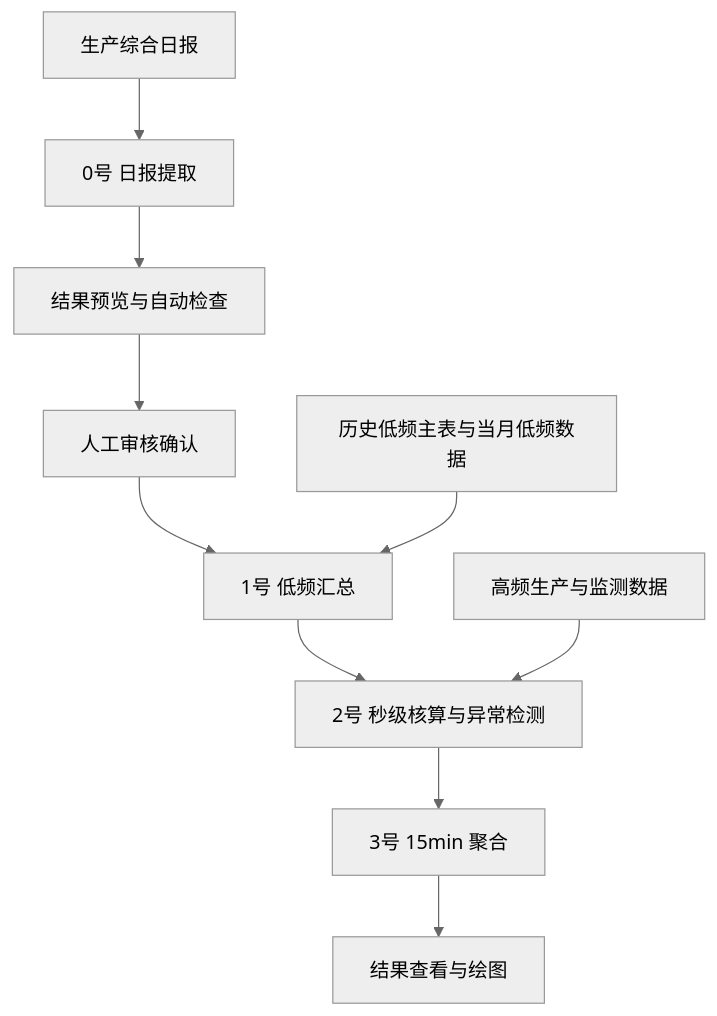
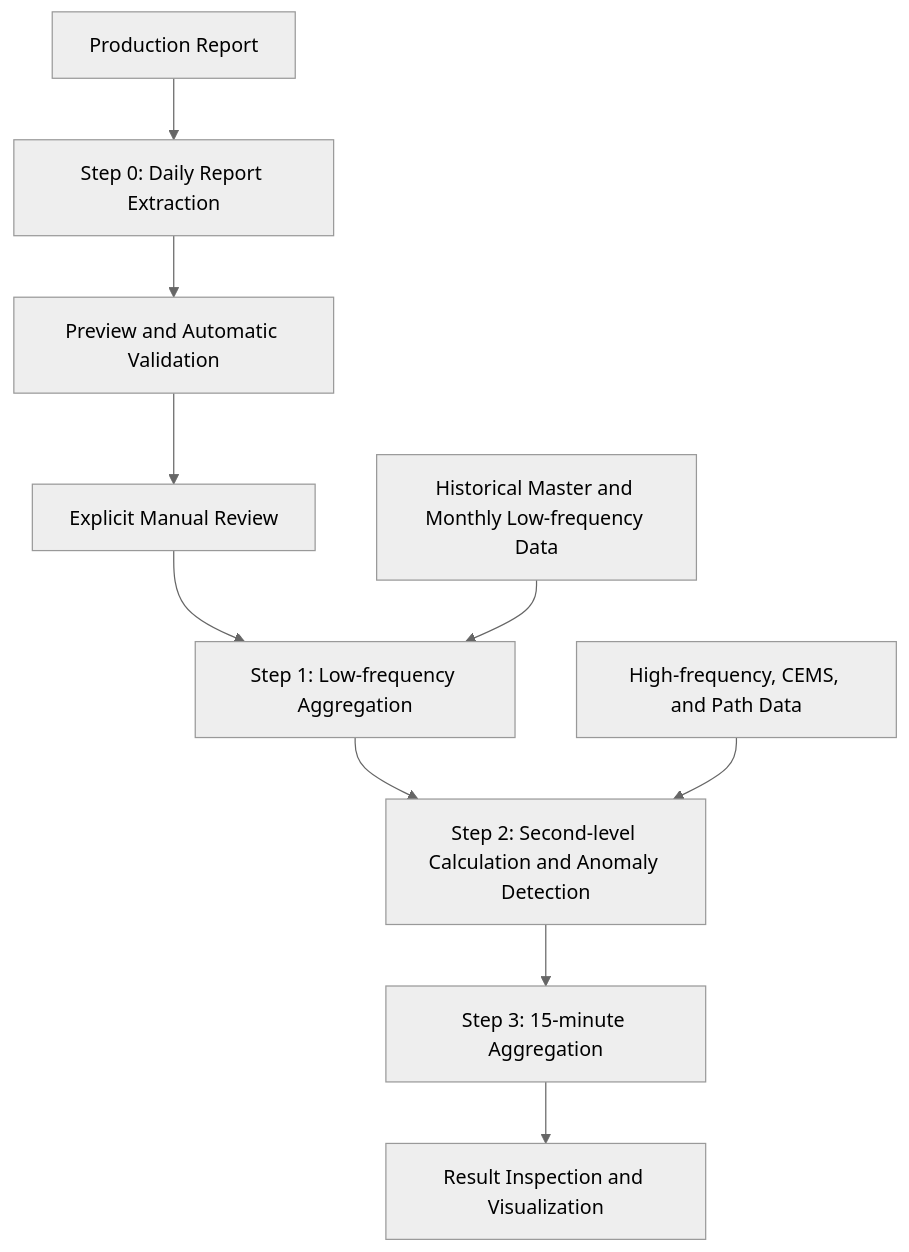
Before and after one commit to fel1xuan/eiri-thu-projects: the first of 2 diagrams in conch-cement-carbon-data-analysis-app/README.md, drawn with Mermaid (neutral theme). The commit also changed other lines of this file and 13 other files, not shown here.

````diff
--- a/conch-cement-carbon-data-analysis-app/README.md
+++ b/conch-cement-carbon-data-analysis-app/README.md
@@ -27,12 +13,12 @@
 ```mermaid
 flowchart TD
-    A[生产综合日报] --> B[0号 日报提取]
-    B --> C[结果预览与自动检查]
-    C --> D[人工审核确认]
-    D --> E[1号 低频汇总]
-    F[历史低频主表与当月低频数据] --> E
-    E --> G[2号 秒级核算与异常检测]
-    H[高频生产与监测数据] --> G
-    G --> I[3号 15min 聚合]
-    I --> J[结果查看与绘图]
+    A[Production Report] --> B[Step 0: Daily Report Extraction]
+    B --> C[Preview and Automatic Validation]
+    C --> D[Explicit Manual Review]
+    D --> E[Step 1: Low-frequency Aggregation]
+    F[Historical Master and Monthly Low-frequency Data] --> E
+    E --> G[Step 2: Second-level Calculation and Anomaly Detection]
+    H[High-frequency, CEMS, and Path Data] --> G
+    G --> I[Step 3: 15-minute Aggregation]
+    I --> J[Result Inspection and Visualization]
 ```
````
